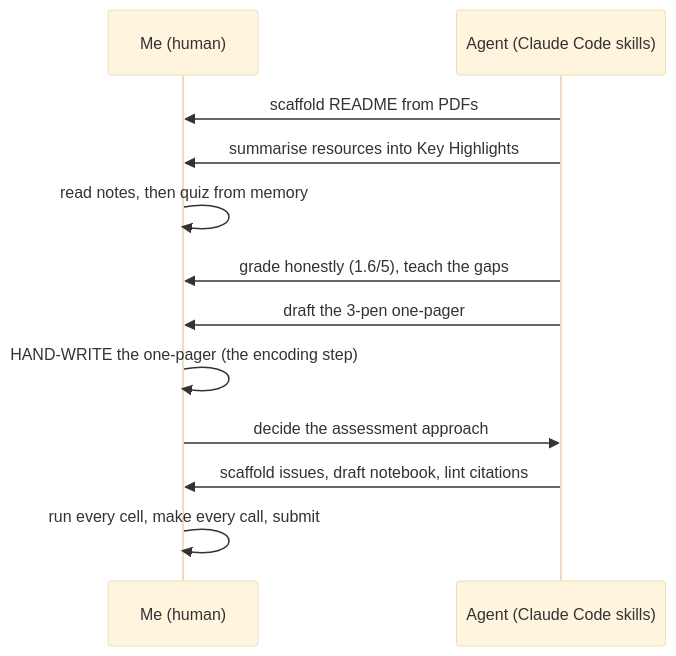
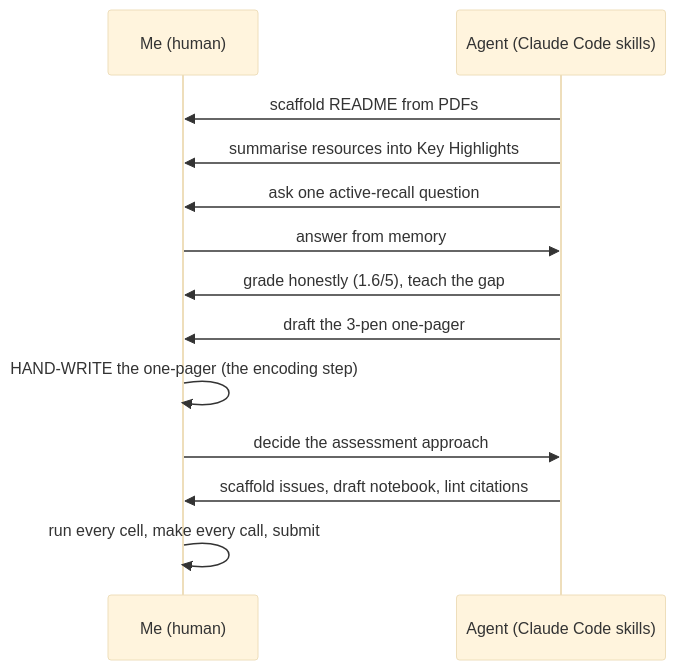
The third of 3 diagrams in _docs/buildInPublic/devTo/2026_06_30_agentic-study-pipeline.md (lfariabr/luisfaria.dev), drawn with Mermaid (base theme) before and after one commit. The commit also changed other lines of this file, not shown here.

Commit message:
feat(docs): document active-recall study workflow

````diff
--- a/_docs/buildInPublic/devTo/2026_06_30_agentic-study-pipeline.md
+++ b/_docs/buildInPublic/devTo/2026_06_30_agentic-study-pipeline.md
@@ -227,14 +226,15 @@
 ```mermaid
 sequenceDiagram
     participant U as Me (human)
     participant A as Agent (Claude Code skills)
     A->>U: scaffold README from PDFs
     A->>U: summarise resources into Key Highlights
-    U->>U: read notes, then quiz from memory
-    A->>U: grade honestly (1.6/5), teach the gaps
+    A->>U: ask one active-recall question
+    U->>A: answer from memory
+    A->>U: grade honestly (1.6/5), teach the gap
     A->>U: draft the 3-pen one-pager
     U->>U: HAND-WRITE the one-pager (the encoding step)
     U->>A: decide the assessment approach
     A->>U: scaffold issues, draft notebook, lint citations
     U->>U: run every cell, make every call, submit
 ```
````
